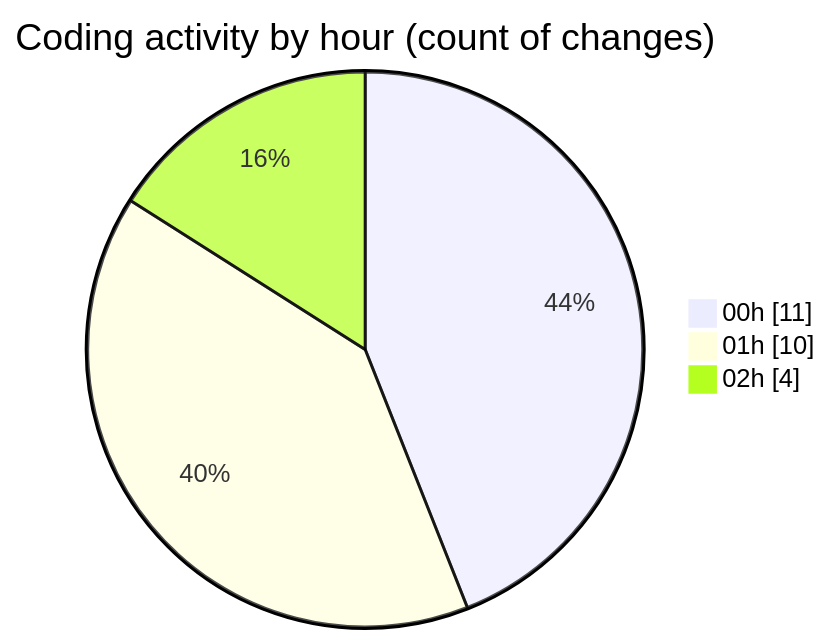
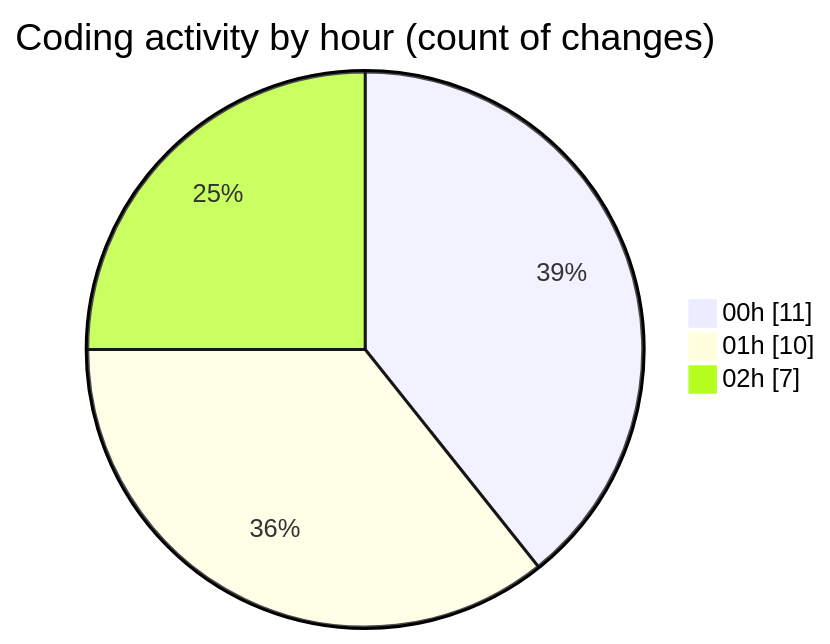
Before and after one commit to julien-gomy/code-tracking: the second of 2 diagrams in 2025-11-02/cdp_aleoudev_fr__workspace_/README.md, drawn with Mermaid. The commit also changed other lines of this file and 1 other file, not shown here.

````diff
--- a/2025-11-02/cdp_aleoudev_fr__workspace_/README.md
+++ b/2025-11-02/cdp_aleoudev_fr__workspace_/README.md
@@ -32,7 +32,7 @@
 ```mermaid
 pie showData
 title Coding activity by hour (count of changes)
 "00h" : 11
 "01h" : 10
-"02h" : 4
+"02h" : 7
 ```
````
